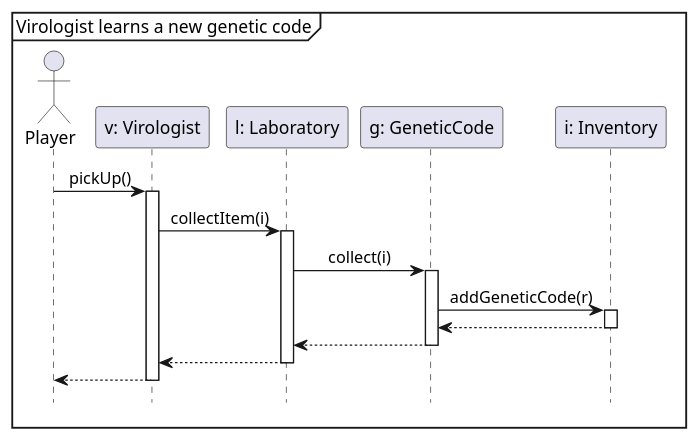
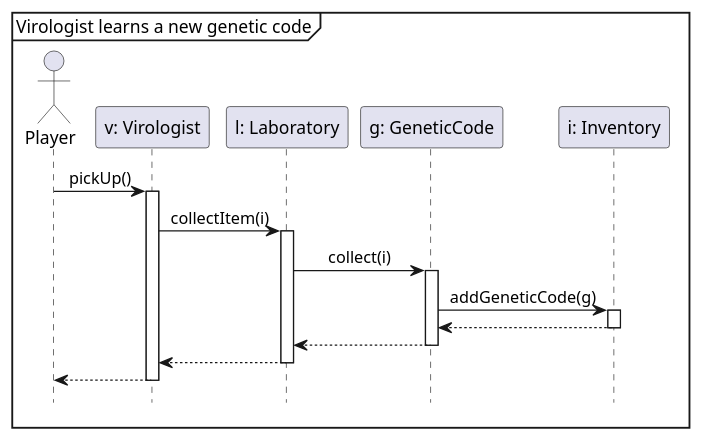
One commit to Tschonti/503-service-unavailable changed the diagram in docs/pickUpGeneticCode.puml. Above: the diagram before and after it, drawn with PlantUML. The commit also changed 1 other file, not shown here.

```diff
--- a/docs/pickUpGeneticCode.puml
+++ b/docs/pickUpGeneticCode.puml
@@ -1,24 +1,24 @@
 @startuml
 'https://plantuml.com/sequence-diagram
 
 hide footbox
 skinparam sequenceMessageAlign center
 
 mainframe Virologist learns a new genetic code
 
 actor Player as p
 participant "v: Virologist" as v
 participant "l: Laboratory" as l
 participant "g: GeneticCode" as g
 participant "i: Inventory" as i
 
 p -> v ++ : pickUp()
     v -> l ++ : collectItem(i)
         l -> g ++ : collect(i)
-            g -> i ++ : addGeneticCode(r)
+            g -> i ++ : addGeneticCode(g)
             return
         return
     return
 return
 
 @enduml
```
